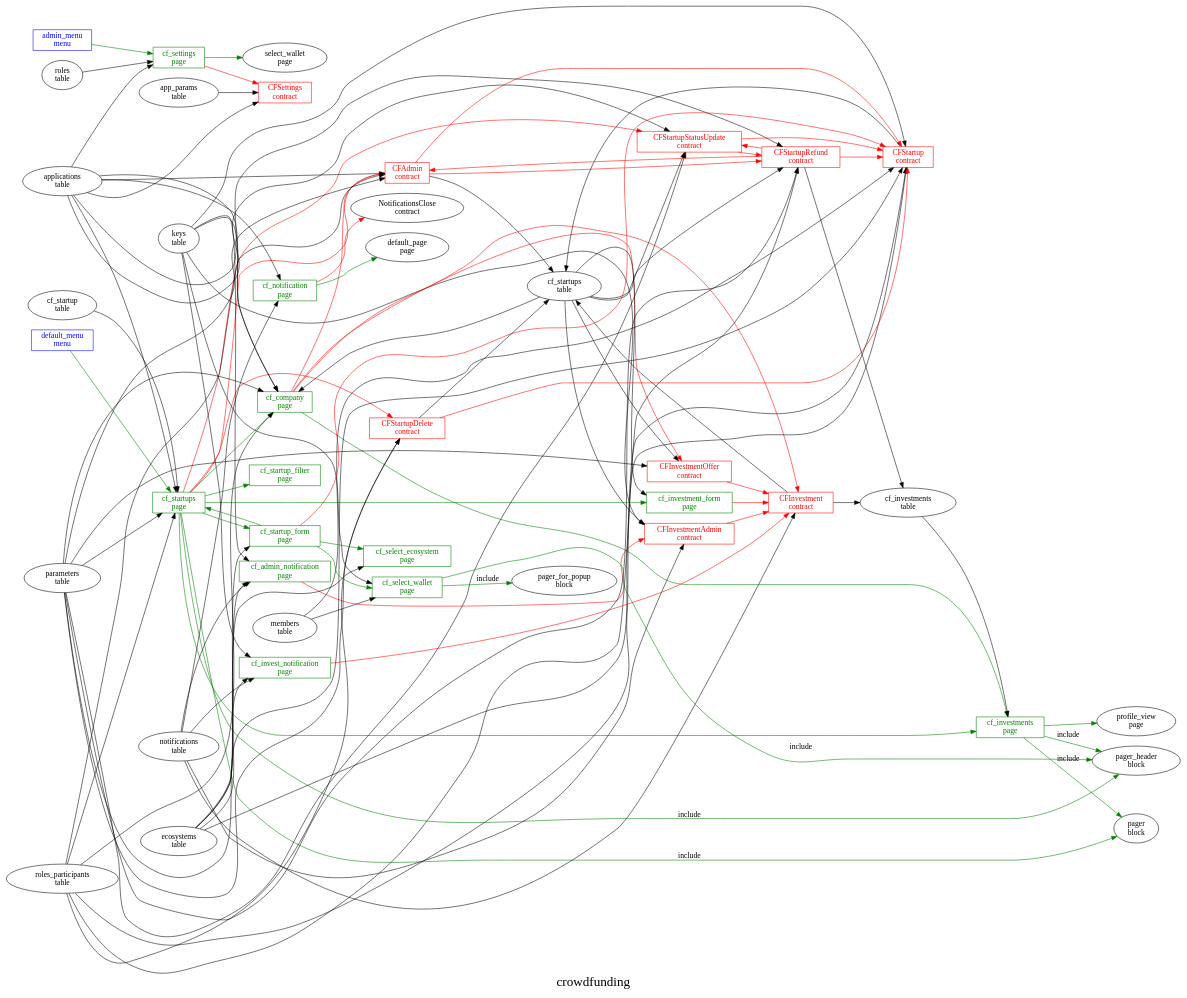
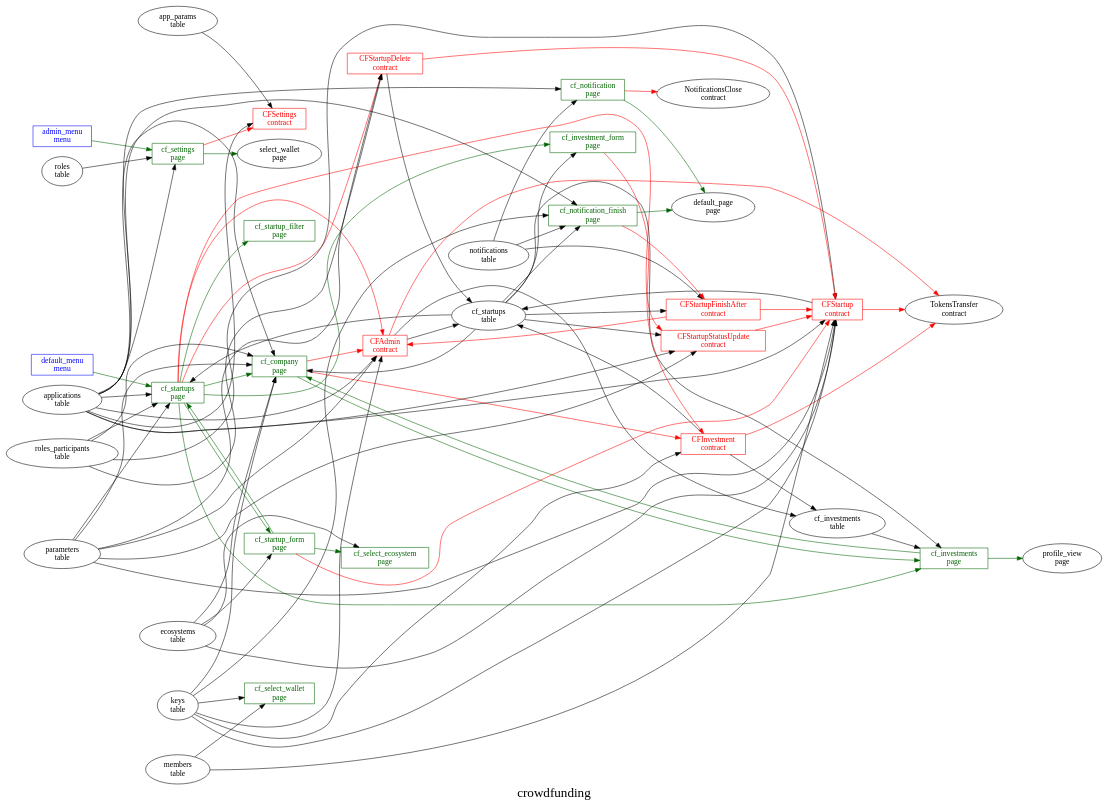
The diagram in platform_apps/crowdfunding/struct.dot (AplaProject/apps), drawn with Graphviz before and after one commit.

Commit message:
added struct

```diff
--- a/platform_apps/crowdfunding/struct.dot
+++ b/platform_apps/crowdfunding/struct.dot
@@ -1,133 +1,114 @@
 digraph G {
 
   fontsize="24";
   label="crowdfunding";
   nojustify=true;
   ordering=out;
   rankdir=LR;
   size="30";
 
-"admin_menu\nmenu" -> "cf_settings\npage"  [ color=green ]
+"admin_menu\nmenu" -> "cf_settings\npage"  [ color=darkgreen ]
 "admin_menu\nmenu" [color=blue, fontcolor=blue, group=menus, shape=record];
-"default_menu\nmenu" -> "cf_startups\npage"  [ color=green ]
+"default_menu\nmenu" -> "cf_startups\npage"  [ color=darkgreen ]
 "default_menu\nmenu" [color=blue, fontcolor=blue, group=menus, shape=record];
-"cf_admin_notification\npage" -> "CFInvestmentAdmin\ncontract"  [ color=red ]
-"notifications\ntable" -> "cf_admin_notification\npage"
-"keys\ntable" -> "cf_admin_notification\npage"
-"ecosystems\ntable" -> "cf_admin_notification\npage"
-"cf_admin_notification\npage" [color=green, fontcolor=green, group=pages, shape=record];
 "cf_company\npage" -> "CFAdmin\ncontract"  [ color=red ]
-"cf_company\npage" -> "CFInvestmentOffer\ncontract"  [ color=red ]
 "cf_company\npage" -> "CFInvestment\ncontract"  [ color=red ]
 "applications\ntable" -> "cf_company\npage"
 "cf_startups\ntable" -> "cf_company\npage"
 "parameters\ntable" -> "cf_company\npage"
 "roles_participants\ntable" -> "cf_company\npage"
 "keys\ntable" -> "cf_company\npage"
-"cf_company\npage" -> "cf_investments\npage"  [ color=green ]
-"cf_company\npage" [color=green, fontcolor=green, group=pages, shape=record];
-"cf_invest_notification\npage" -> "CFInvestment\ncontract"  [ color=red ]
-"notifications\ntable" -> "cf_invest_notification\npage"
-"keys\ntable" -> "cf_invest_notification\npage"
-"ecosystems\ntable" -> "cf_invest_notification\npage"
-"cf_invest_notification\npage" [color=green, fontcolor=green, group=pages, shape=record];
+"ecosystems\ntable" -> "cf_company\npage"
+"cf_company\npage" -> "cf_investments\npage"  [ color=darkgreen ]
+"cf_company\npage" [color=darkgreen, fontcolor=darkgreen, group=pages, shape=record];
 "cf_investment_form\npage" -> "CFInvestment\ncontract"  [ color=red ]
 "cf_startups\ntable" -> "cf_investment_form\npage"
-"cf_investment_form\npage" [color=green, fontcolor=green, group=pages, shape=record];
+"cf_investment_form\npage" [color=darkgreen, fontcolor=darkgreen, group=pages, shape=record];
+"cf_startups\ntable" -> "cf_investments\npage"
 "cf_investments\ntable" -> "cf_investments\npage"
-"cf_investments\npage" -> "profile_view\npage"  [ color=green ]
-"cf_investments\npage" -> "pager_header\nblock"  [ color=green, label=include ]
-"cf_investments\npage" -> "pager\nblock"  [ color=green, label=include ]
-"cf_investments\npage" [color=green, fontcolor=green, group=pages, shape=record];
+"cf_investments\npage" -> "profile_view\npage"  [ color=darkgreen ]
+"cf_investments\npage" -> "cf_company\npage"  [ color=darkgreen ]
+"cf_investments\npage" [color=darkgreen, fontcolor=darkgreen, group=pages, shape=record];
 "cf_notification\npage" -> "NotificationsClose\ncontract"  [ color=red ]
+"CFStartup\ncontract" -> "TokensTransfer\ncontract"  [ color=red ]
+"CFAdmin\ncontract" -> "TokensTransfer\ncontract"  [ color=red ]
+"CFInvestment\ncontract" -> "TokensTransfer\ncontract"  [ color=red ]
 "applications\ntable" -> "cf_notification\npage"
 "notifications\ntable" -> "cf_notification\npage"
-"cf_notification\npage" -> "default_page\npage"  [ color=green ]
-"cf_notification\npage" [color=green, fontcolor=green, group=pages, shape=record];
+"cf_notification\npage" -> "default_page\npage"  [ color=darkgreen ]
+"cf_notification\npage" [color=darkgreen, fontcolor=darkgreen, group=pages, shape=record];
+"cf_notification_finish\npage" -> "CFStartupFinishAfter\ncontract"  [ color=red ]
+"applications\ntable" -> "cf_notification_finish\npage"
+"notifications\ntable" -> "cf_notification_finish\npage"
+"cf_startups\ntable" -> "cf_notification_finish\npage"
+"keys\ntable" -> "cf_notification_finish\npage"
+"cf_notification_finish\npage" -> "default_page\npage"  [ color=darkgreen ]
+"cf_notification_finish\npage" [color=darkgreen, fontcolor=darkgreen, group=pages, shape=record];
 "ecosystems\ntable" -> "cf_select_ecosystem\npage"
-"cf_select_ecosystem\npage" [color=green, fontcolor=green, group=pages, shape=record];
+"cf_select_ecosystem\npage" [color=darkgreen, fontcolor=darkgreen, group=pages, shape=record];
 "keys\ntable" -> "cf_select_wallet\npage"
 "members\ntable" -> "cf_select_wallet\npage"
-"cf_select_wallet\npage" -> "pager_header\nblock"  [ color=green, label=include ]
-"cf_select_wallet\npage" -> "pager_for_popup\nblock"  [ color=green, label=include ]
-"cf_select_wallet\npage" [color=green, fontcolor=green, group=pages, shape=record];
+"cf_select_wallet\npage" [color=darkgreen, fontcolor=darkgreen, group=pages, shape=record];
 "cf_settings\npage" -> "CFSettings\ncontract"  [ color=red ]
 "applications\ntable" -> "cf_settings\npage"
 "roles\ntable" -> "cf_settings\npage"
-"cf_settings\npage" -> "select_wallet\npage"  [ color=green ]
-"cf_settings\npage" [color=green, fontcolor=green, group=pages, shape=record];
-"cf_startup_filter\npage" [color=green, fontcolor=green, group=pages, shape=record];
+"cf_settings\npage" -> "select_wallet\npage"  [ color=darkgreen ]
+"cf_settings\npage" [color=darkgreen, fontcolor=darkgreen, group=pages, shape=record];
+"cf_startup_filter\npage" [color=darkgreen, fontcolor=darkgreen, group=pages, shape=record];
 "cf_startup_form\npage" -> "CFStartup\ncontract"  [ color=red ]
 "ecosystems\ntable" -> "cf_startup_form\npage"
-"cf_startup_form\npage" -> "cf_startups\npage"  [ color=green ]
-"cf_startup_form\npage" -> "cf_select_ecosystem\npage"  [ color=green ]
-"cf_startup_form\npage" -> "cf_select_wallet\npage"  [ color=green ]
-"cf_startup_form\npage" [color=green, fontcolor=green, group=pages, shape=record];
+"cf_startup_form\npage" -> "cf_startups\npage"  [ color=darkgreen ]
+"cf_startup_form\npage" -> "cf_select_ecosystem\npage"  [ color=darkgreen ]
+"cf_startup_form\npage" [color=darkgreen, fontcolor=darkgreen, group=pages, shape=record];
 "cf_startups\npage" -> "CFStartupStatusUpdate\ncontract"  [ color=red ]
 "cf_startups\npage" -> "CFAdmin\ncontract"  [ color=red ]
 "cf_startups\npage" -> "CFStartupDelete\ncontract"  [ color=red ]
 "applications\ntable" -> "cf_startups\npage"
-"cf_startup\ntable" -> "cf_startups\npage"
+"cf_startups\ntable" -> "cf_startups\npage"
 "parameters\ntable" -> "cf_startups\npage"
 "roles_participants\ntable" -> "cf_startups\npage"
-"cf_startups\npage" -> "cf_startup_filter\npage"  [ color=green ]
-"cf_startups\npage" -> "cf_company\npage"  [ color=green ]
-"cf_startups\npage" -> "cf_investment_form\npage"  [ color=green ]
-"cf_startups\npage" -> "cf_startup_form\npage"  [ color=green ]
-"cf_startups\npage" -> "cf_investments\npage"  [ color=green ]
-"cf_startups\npage" -> "pager_header\nblock"  [ color=green, label=include ]
-"cf_startups\npage" -> "pager\nblock"  [ color=green, label=include ]
-"cf_startups\npage" [color=green, fontcolor=green, group=pages, shape=record];
-"CFAdmin\ncontract" -> "CFStartup\ncontract"  [ color=red ]
-"CFAdmin\ncontract" -> "CFStartupRefund\ncontract"  [ color=red ]
+"cf_startups\npage" -> "cf_startup_filter\npage"  [ color=darkgreen ]
+"cf_startups\npage" -> "cf_company\npage"  [ color=darkgreen ]
+"cf_startups\npage" -> "cf_investment_form\npage"  [ color=darkgreen ]
+"cf_startups\npage" -> "cf_startup_form\npage"  [ color=darkgreen ]
+"cf_startups\npage" -> "cf_investments\npage"  [ color=darkgreen ]
+"cf_startups\npage" [color=darkgreen, fontcolor=darkgreen, group=pages, shape=record];
+"CFAdmin\ncontract" -> "cf_investments\ntable"  [ color="" ]
 "CFAdmin\ncontract" -> "cf_startups\ntable"  [ color="" ]
+"applications\ntable" -> "CFAdmin\ncontract"
 "parameters\ntable" -> "CFAdmin\ncontract"
-"roles_participants\ntable" -> "CFAdmin\ncontract"
-"applications\ntable" -> "CFAdmin\ncontract"
+"keys\ntable" -> "CFAdmin\ncontract"
 "CFAdmin\ncontract" [color=red, fontcolor=red, group=contracts, shape=record];
 "CFInvestment\ncontract" -> "cf_startups\ntable"  [ color="" ]
 "CFInvestment\ncontract" -> "cf_investments\ntable"  [ color="" ]
-"notifications\ntable" -> "CFInvestment\ncontract"
+"keys\ntable" -> "CFInvestment\ncontract"
 "CFInvestment\ncontract" [color=red, fontcolor=red, group=contracts, shape=record];
-"CFInvestmentAdmin\ncontract" -> "CFInvestment\ncontract"  [ color=red ]
-"notifications\ntable" -> "CFInvestmentAdmin\ncontract"
-"cf_startups\ntable" -> "CFInvestmentAdmin\ncontract"
-"keys\ntable" -> "CFInvestmentAdmin\ncontract"
-"CFInvestmentAdmin\ncontract" [color=red, fontcolor=red, group=contracts, shape=record];
-"CFInvestmentOffer\ncontract" -> "CFInvestment\ncontract"  [ color=red ]
-"cf_startups\ntable" -> "CFInvestmentOffer\ncontract"
-"parameters\ntable" -> "CFInvestmentOffer\ncontract"
-"CFInvestmentOffer\ncontract" [color=red, fontcolor=red, group=contracts, shape=record];
 "applications\ntable" -> "CFSettings\ncontract"
 "app_params\ntable" -> "CFSettings\ncontract"
 "CFSettings\ncontract" [color=red, fontcolor=red, group=contracts, shape=record];
 "CFStartup\ncontract" -> "cf_startups\ntable"  [ color="" ]
 "parameters\ntable" -> "CFStartup\ncontract"
 "roles_participants\ntable" -> "CFStartup\ncontract"
 "keys\ntable" -> "CFStartup\ncontract"
 "ecosystems\ntable" -> "CFStartup\ncontract"
+"applications\ntable" -> "CFStartup\ncontract"
 "members\ntable" -> "CFStartup\ncontract"
 "CFStartup\ncontract" [color=red, fontcolor=red, group=contracts, shape=record];
 "CFStartupDelete\ncontract" -> "CFStartup\ncontract"  [ color=red ]
 "CFStartupDelete\ncontract" -> "cf_startups\ntable"  [ color="" ]
 "parameters\ntable" -> "CFStartupDelete\ncontract"
 "roles_participants\ntable" -> "CFStartupDelete\ncontract"
 "CFStartupDelete\ncontract" [color=red, fontcolor=red, group=contracts, shape=record];
-"CFStartupRefund\ncontract" -> "CFAdmin\ncontract"  [ color=red ]
-"CFStartupRefund\ncontract" -> "CFStartup\ncontract"  [ color=red ]
-"CFStartupRefund\ncontract" -> "CFStartupStatusUpdate\ncontract"  [ color=red ]
-"CFStartupRefund\ncontract" -> "cf_investments\ntable"  [ color="" ]
-"cf_startups\ntable" -> "CFStartupRefund\ncontract"
-"applications\ntable" -> "CFStartupRefund\ncontract"
-"parameters\ntable" -> "CFStartupRefund\ncontract"
-"roles_participants\ntable" -> "CFStartupRefund\ncontract"
-"CFStartupRefund\ncontract" [color=red, fontcolor=red, group=contracts, shape=record];
+"CFStartupFinishAfter\ncontract" -> "CFAdmin\ncontract"  [ color=red ]
+"CFStartupFinishAfter\ncontract" -> "CFStartup\ncontract"  [ color=red ]
+"notifications\ntable" -> "CFStartupFinishAfter\ncontract"
+"cf_startups\ntable" -> "CFStartupFinishAfter\ncontract"
+"CFStartupFinishAfter\ncontract" [color=red, fontcolor=red, group=contracts, shape=record];
 "CFStartupStatusUpdate\ncontract" -> "CFStartup\ncontract"  [ color=red ]
-"CFStartupStatusUpdate\ncontract" -> "CFStartupRefund\ncontract"  [ color=red ]
+"parameters\ntable" -> "CFStartupStatusUpdate\ncontract"
 "cf_startups\ntable" -> "CFStartupStatusUpdate\ncontract"
 "applications\ntable" -> "CFStartupStatusUpdate\ncontract"
-"parameters\ntable" -> "CFStartupStatusUpdate\ncontract"
 "CFStartupStatusUpdate\ncontract" [color=red, fontcolor=red, group=contracts, shape=record];
 "cf_investments\ntable" [color="", fontcolor="", group=tables, shape=""];
 "cf_startups\ntable" [color="", fontcolor="", group=tables, shape=""];
 }
```
